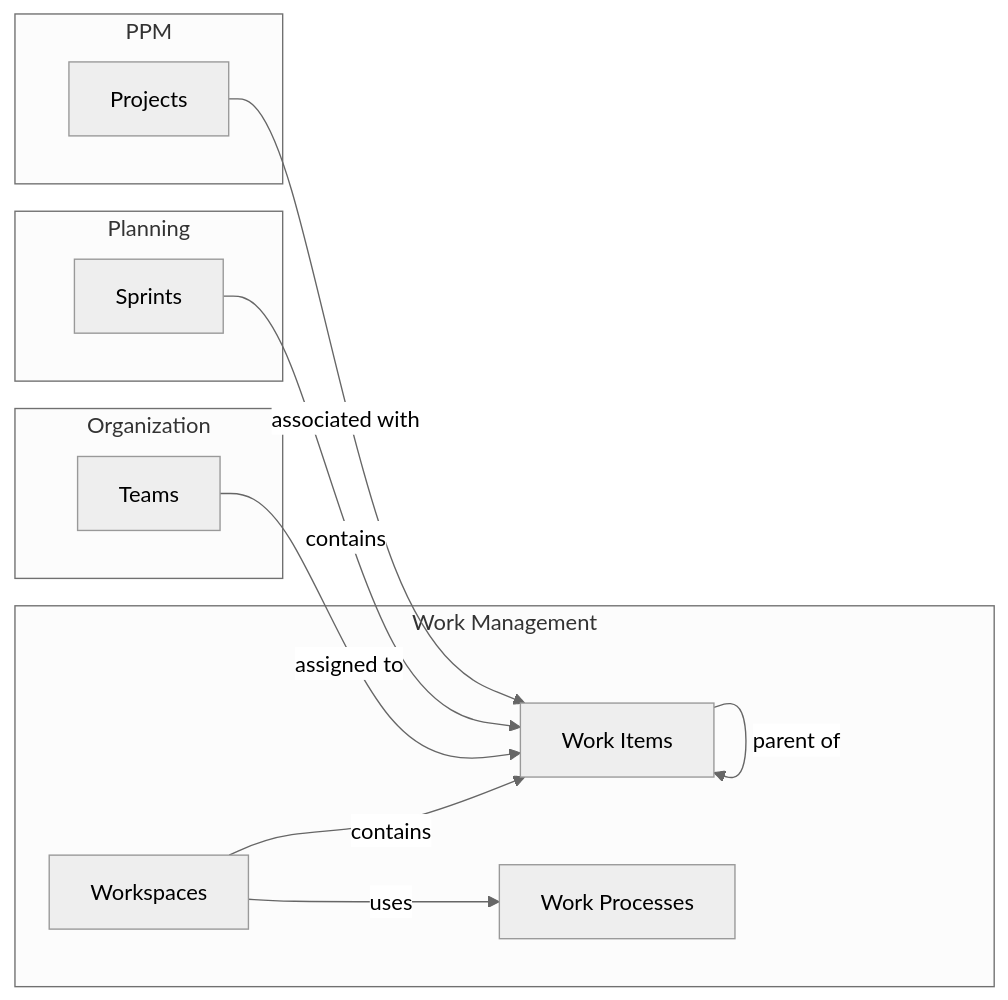
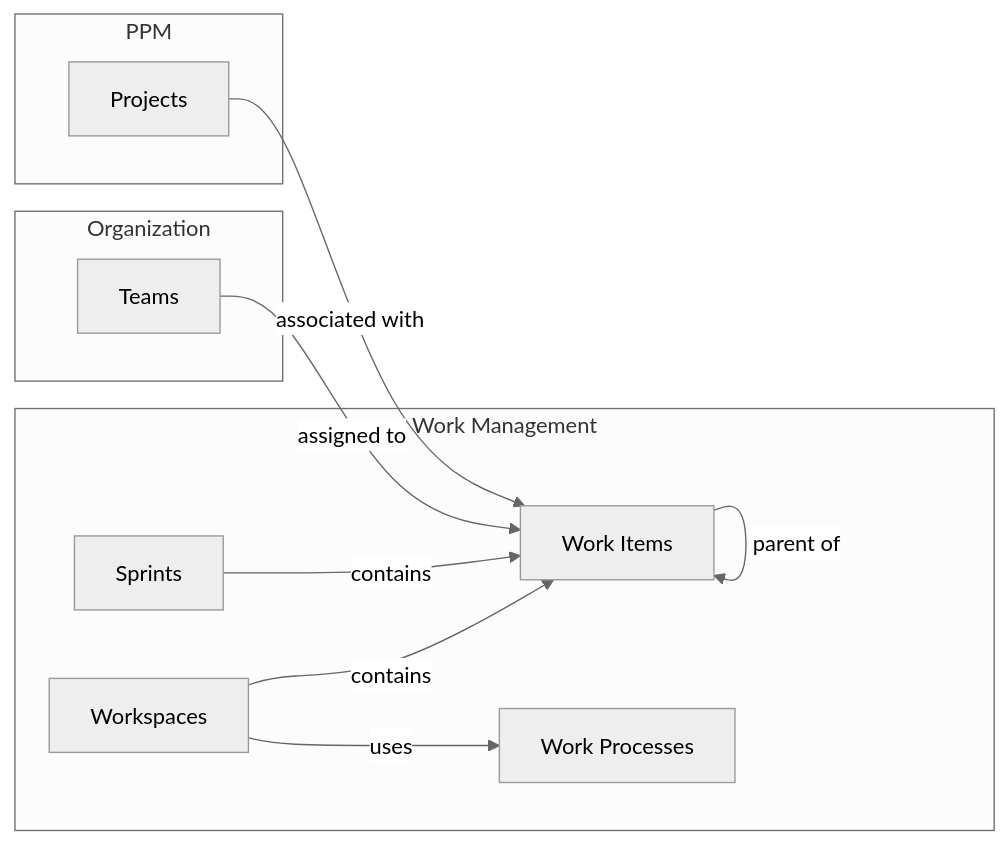
The diagram in docs/user-guide/work-management/index.mdx (destacey/Wayd), drawn with Mermaid (neutral theme) before and after one commit. The commit also changed other lines of this file and 30 other files, not shown here.

First line of the commit message:
docs: move sprints from Planning to Work (#925)

````diff
--- a/docs/user-guide/work-management/index.mdx
+++ b/docs/user-guide/work-management/index.mdx
@@ -16,25 +16,23 @@
 ```mermaid
 graph LR
     subgraph "Organization"
         Team["Teams"]
     end
-    subgraph "Planning"
+    subgraph "Work Management"
         Sprint["Sprints"]
-    end
-    subgraph "Work Management"
         WS["Workspaces"]
         WI["Work Items"]
         WP["Work Processes"]
     end
     subgraph "PPM"
         Proj["Projects"]
     end
 
     WS -->|uses| WP
     WS -->|contains| WI
     Team -->|assigned to| WI
     Sprint -->|contains| WI
     Proj -->|associated with| WI
     WI -->|depends on| WI
     WI -->|parent of| WI
 ```
````
